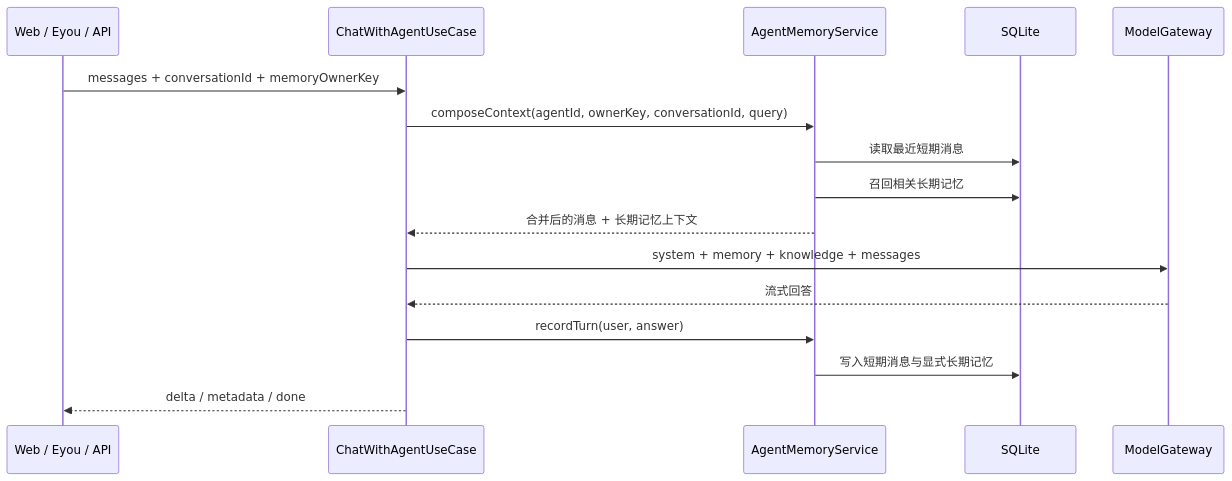
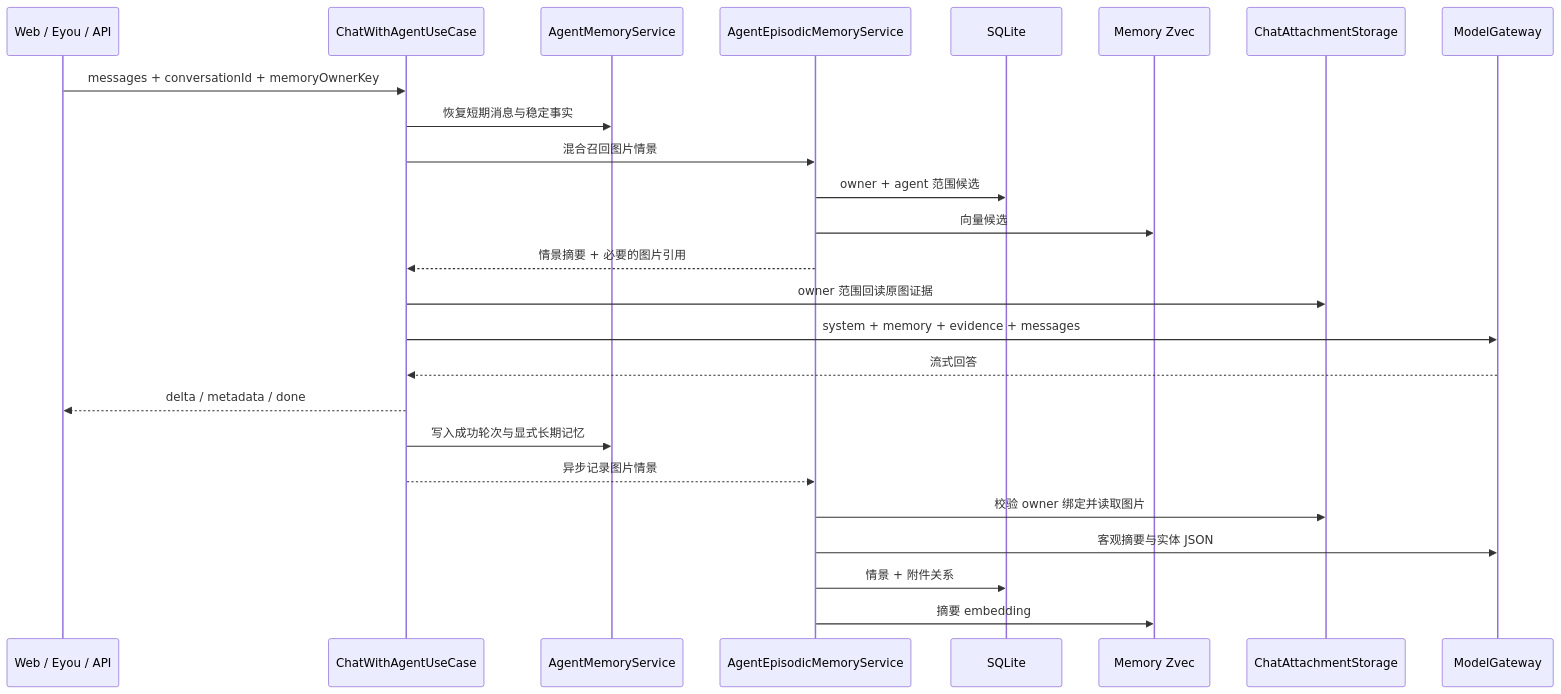
The first of 2 diagrams in docs/modules/agent-memory.md (yiting001/agent), drawn with Mermaid before and after one commit. The commit also changed other lines of this file and 44 other files, not shown here.

Commit message:
feat(memory): add multimodal episodic recall

````diff
--- a/docs/modules/agent-memory.md
+++ b/docs/modules/agent-memory.md
@@ -54,19 +64,28 @@
 ```mermaid
 sequenceDiagram
   participant UI as Web / Eyou / API
   participant Chat as ChatWithAgentUseCase
-  participant Memory as AgentMemoryService
+  participant Stable as AgentMemoryService
+  participant Episode as AgentEpisodicMemoryService
   participant DB as SQLite
+  participant Index as Memory Zvec
+  participant Media as ChatAttachmentStorage
   participant Model as ModelGateway
 
   UI->>Chat: messages + conversationId + memoryOwnerKey
-  Chat->>Memory: composeContext(agentId, ownerKey, conversationId, query)
-  Memory->>DB: 读取最近短期消息
-  Memory->>DB: 召回相关长期记忆
-  Memory-->>Chat: 合并后的消息 + 长期记忆上下文
-  Chat->>Model: system + memory + knowledge + messages
+  Chat->>Stable: 恢复短期消息与稳定事实
+  Chat->>Episode: 混合召回图片情景
+  Episode->>DB: owner + agent 范围候选
+  Episode->>Index: 向量候选
+  Episode-->>Chat: 情景摘要 + 必要的图片引用
+  Chat->>Media: owner 范围回读原图证据
+  Chat->>Model: system + memory + evidence + messages
   Model-->>Chat: 流式回答
-  Chat->>Memory: recordTurn(user, answer)
-  Memory->>DB: 写入短期消息与显式长期记忆
   Chat-->>UI: delta / metadata / done
+  Chat->>Stable: 写入成功轮次与显式长期记忆
+  Chat-->>Episode: 异步记录图片情景
+  Episode->>Media: 校验 owner 绑定并读取图片
+  Episode->>Model: 客观摘要与实体 JSON
+  Episode->>DB: 情景 + 附件关系
+  Episode->>Index: 摘要 embedding
 ```
````
